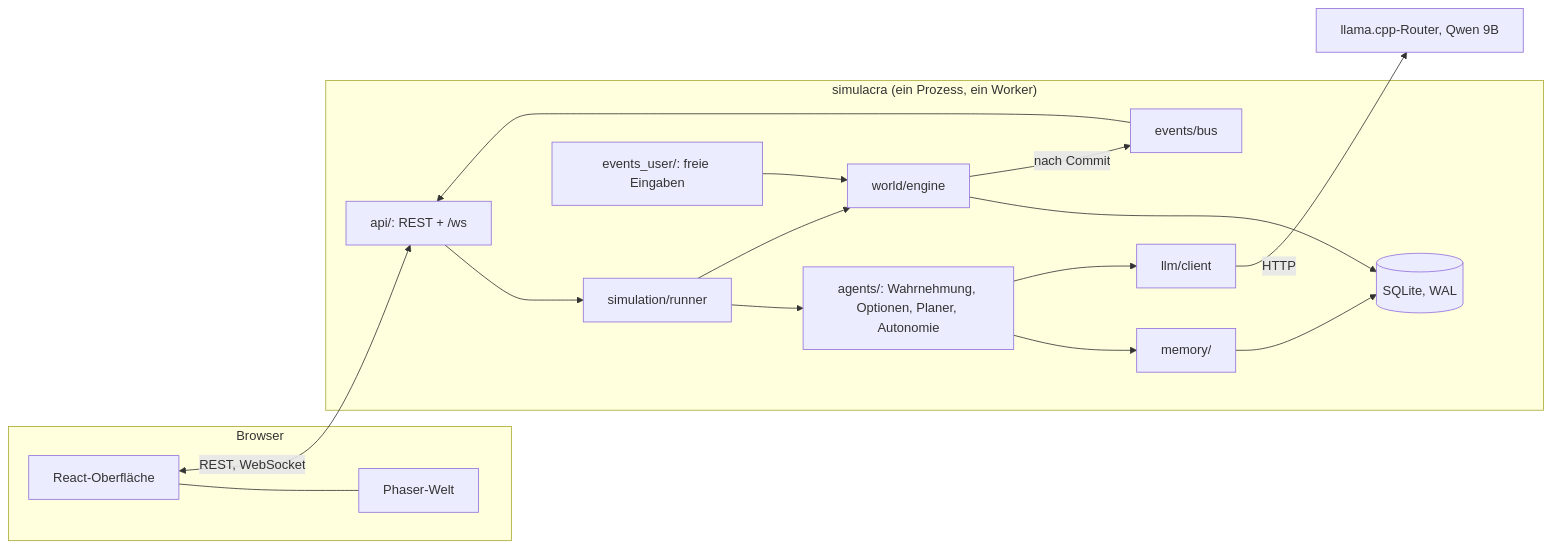
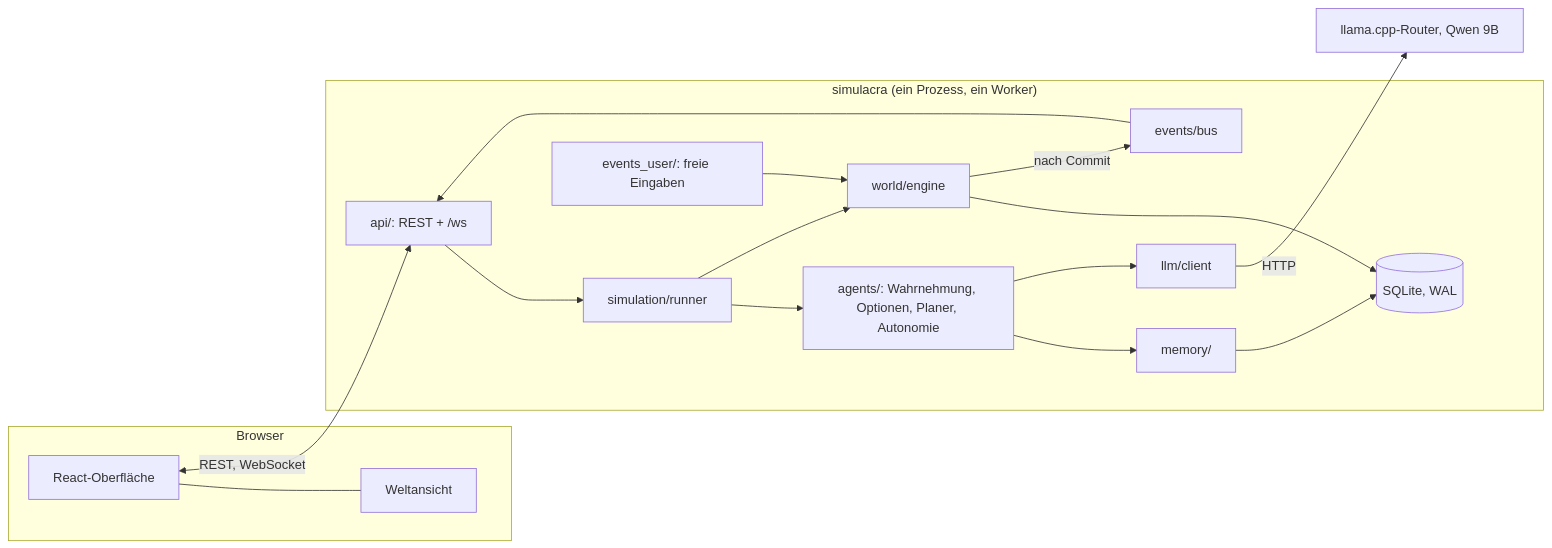
Before and after one commit to SloppyHenry/on-their-own: the first of 2 diagrams in docs/architektur.md, drawn with Mermaid. The commit also changed other lines of this file and 23 other files, not shown here.

````diff
--- a/docs/architektur.md
+++ b/docs/architektur.md
@@ -5,20 +5,20 @@
 ```mermaid
 flowchart LR
   subgraph Browser
-    UI[React-Oberfläche] --- PH[Phaser-Welt]
+    UI[React-Oberfläche] --- PH[Weltansicht]
   end
   subgraph Prozess["simulacra (ein Prozess, ein Worker)"]
     API[api/: REST + /ws] --> RUN[simulation/runner]
     RUN --> AG[agents/: Wahrnehmung, Optionen, Planer, Autonomie]
     RUN --> ENG[world/engine]
     AG --> MEM[memory/]
     AG --> LLM[llm/client]
     INJ[events_user/: freie Eingaben] --> ENG
     ENG --> DB[(SQLite, WAL)]
     MEM --> DB
     ENG -- nach Commit --> BUS[events/bus]
     BUS --> API
   end
   LLM -- HTTP --> ROUTER[llama.cpp-Router, Qwen 9B]
   UI <-- REST, WebSocket --> API
 ```
````
